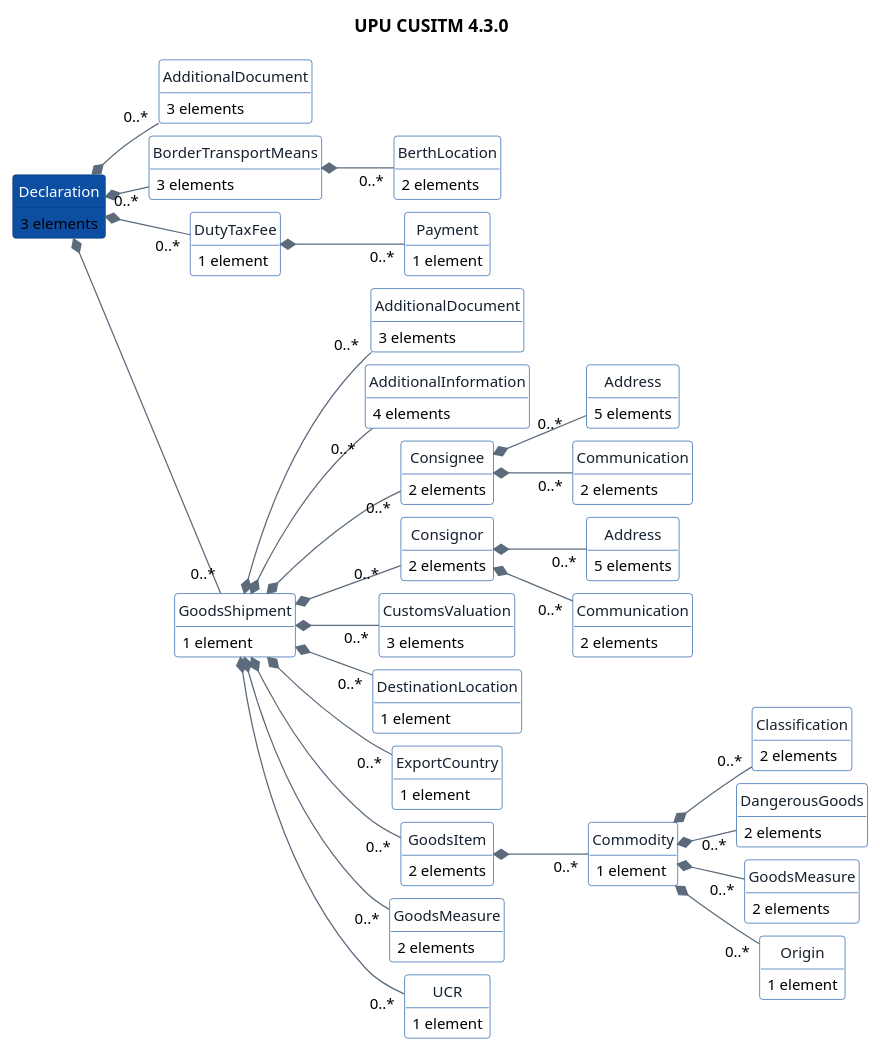
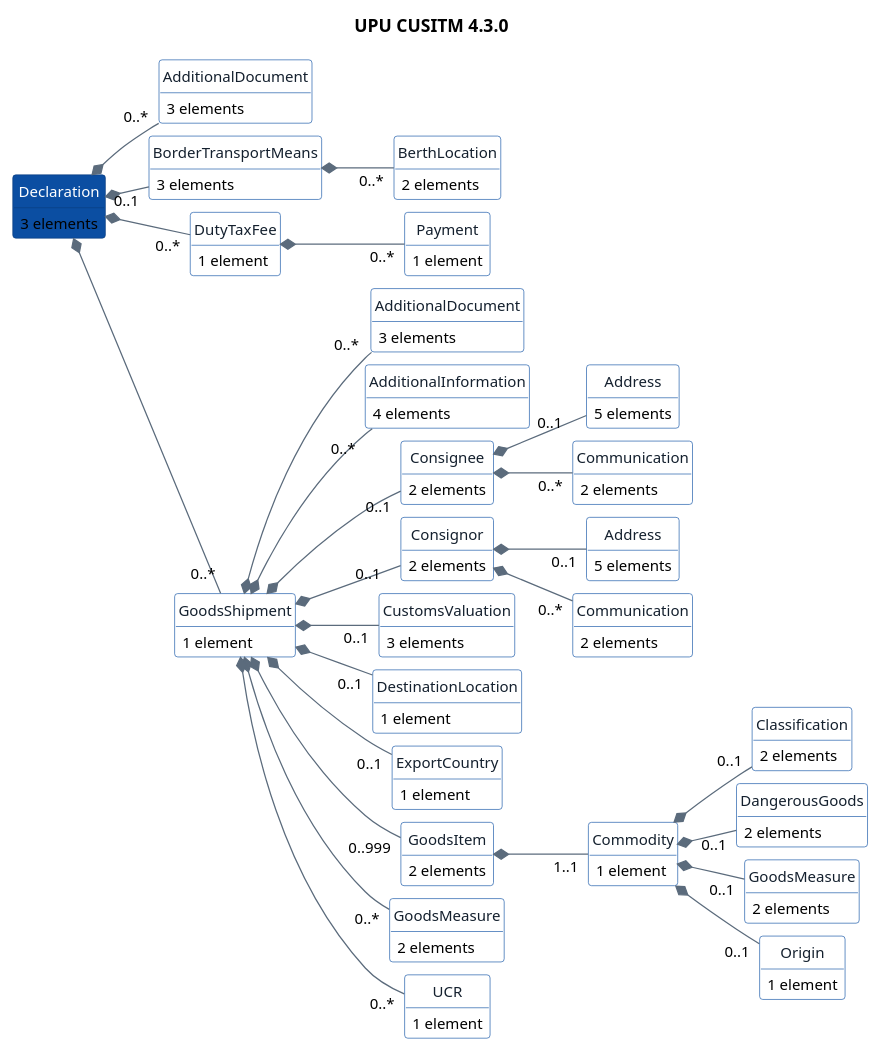
Before and after one commit to onthebreeze/wco-dm: the diagram in diagrams/v4.3.0-declarations-upu-cusitm.puml, drawn with PlantUML. The commit also changed 202 other files, not shown here.

First line of the commit message:
Generate the WCO XML schemas, and take their cardinality as normative

```diff
--- a/diagrams/v4.3.0-declarations-upu-cusitm.puml
+++ b/diagrams/v4.3.0-declarations-upu-cusitm.puml
@@ -1,131 +1,131 @@
 @startuml
 hide circle
 hide empty members
 hide stereotype
 skinparam shadowing false
 skinparam defaultFontName Helvetica
 skinparam defaultFontSize 12
 skinparam nodesep 10
 skinparam ranksep 35
 skinparam packageStyle rectangle
 skinparam class {
   BackgroundColor #FFFFFF
   BorderColor #0B4EA2
   ArrowColor #5B6B7C
   FontColor #14202E
 }
 skinparam class<<root>> {
   BackgroundColor #0B4EA2
   FontColor #FFFFFF
   BorderColor #083A7A
 }
 skinparam class<<more>> {
   BackgroundColor #F6F9FC
   BorderColor #9FB3C8
 }
 left to right direction
 title UPU CUSITM 4.3.0
 class "Declaration" as C0 <<root>> {
   3 elements
 }
 class "AdditionalDocument" as C1 {
   3 elements
 }
 class "BorderTransportMeans" as C2 {
   3 elements
 }
 class "DutyTaxFee" as C3 {
   1 element
 }
 class "GoodsShipment" as C4 {
   1 element
 }
 class "BerthLocation" as C5 {
   2 elements
 }
 class "Payment" as C6 {
   1 element
 }
 class "AdditionalDocument" as C7 {
   3 elements
 }
 class "AdditionalInformation" as C8 {
   4 elements
 }
 class "Consignee" as C9 {
   2 elements
 }
 class "Consignor" as C10 {
   2 elements
 }
 class "CustomsValuation" as C11 {
   3 elements
 }
 class "DestinationLocation" as C12 {
   1 element
 }
 class "ExportCountry" as C13 {
   1 element
 }
 class "GoodsItem" as C14 {
   2 elements
 }
 class "GoodsMeasure" as C15 {
   2 elements
 }
 class "UCR" as C16 {
   1 element
 }
 class "Address" as C17 {
   5 elements
 }
 class "Communication" as C18 {
   2 elements
 }
 class "Address" as C19 {
   5 elements
 }
 class "Communication" as C20 {
   2 elements
 }
 class "Commodity" as C21 {
   1 element
 }
 class "Classification" as C22 {
   2 elements
 }
 class "DangerousGoods" as C23 {
   2 elements
 }
 class "GoodsMeasure" as C24 {
   2 elements
 }
 class "Origin" as C25 {
   1 element
 }
 C0 *-- "0..*" C1
-C0 *-- "0..*" C2
+C0 *-- "0..1" C2
 C0 *-- "0..*" C3
 C0 *-- "0..*" C4
 C2 *-- "0..*" C5
 C3 *-- "0..*" C6
 C4 *-- "0..*" C7
 C4 *-- "0..*" C8
-C4 *-- "0..*" C9
-C4 *-- "0..*" C10
-C4 *-- "0..*" C11
-C4 *-- "0..*" C12
-C4 *-- "0..*" C13
-C4 *-- "0..*" C14
+C4 *-- "0..1" C9
+C4 *-- "0..1" C10
+C4 *-- "0..1" C11
+C4 *-- "0..1" C12
+C4 *-- "0..1" C13
+C4 *-- "0..999" C14
 C4 *-- "0..*" C15
 C4 *-- "0..*" C16
-C9 *-- "0..*" C17
+C9 *-- "0..1" C17
 C9 *-- "0..*" C18
-C10 *-- "0..*" C19
+C10 *-- "0..1" C19
 C10 *-- "0..*" C20
-C14 *-- "0..*" C21
-C21 *-- "0..*" C22
-C21 *-- "0..*" C23
-C21 *-- "0..*" C24
-C21 *-- "0..*" C25
+C14 *-- "1..1" C21
+C21 *-- "0..1" C22
+C21 *-- "0..1" C23
+C21 *-- "0..1" C24
+C21 *-- "0..1" C25
 @enduml
```
